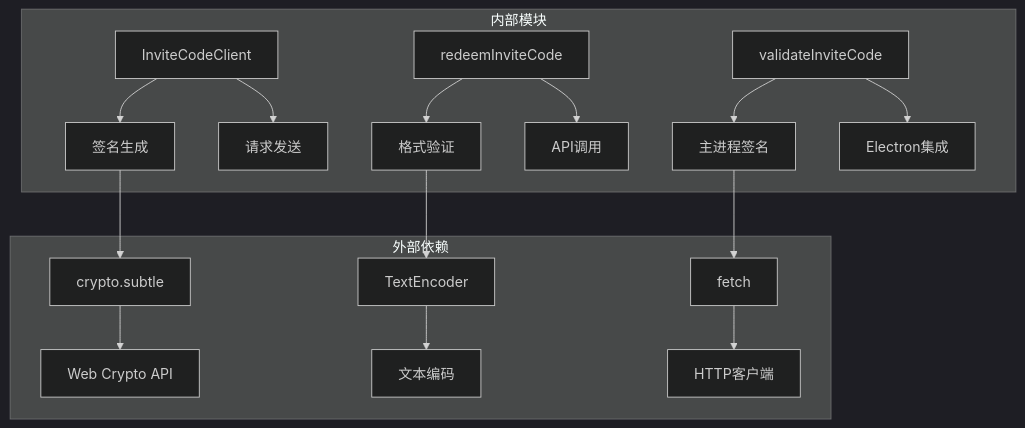
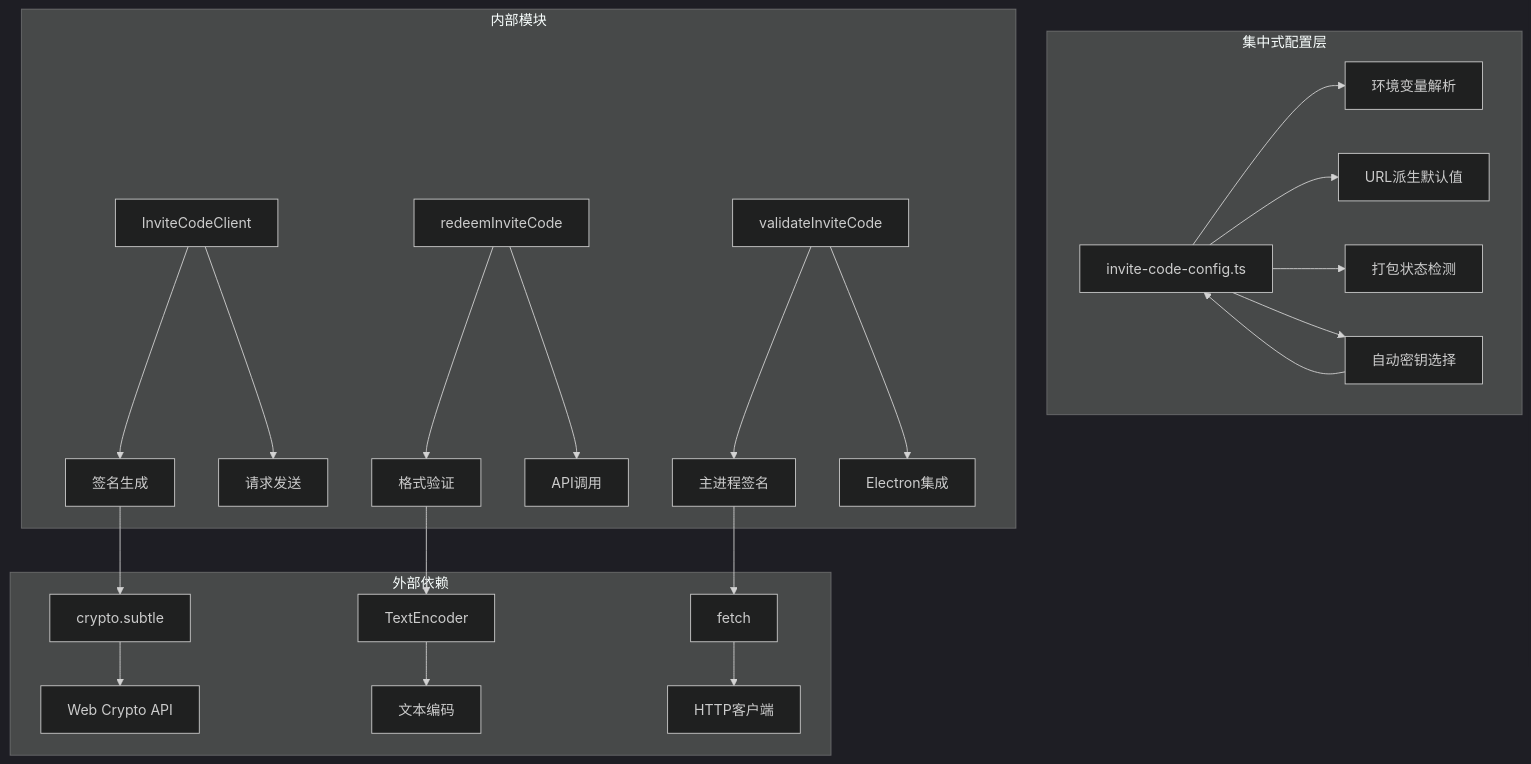
The tenth of 10 diagrams in .qoder/repowiki/zh/content/核心概念/邀请码系统.md (verse-ai-org/openclaw), drawn with Mermaid (dark theme) before and after one commit. The commit also changed other lines of this file and 50 other files, not shown here.

````diff
--- a/.qoder/repowiki/zh/content/核心概念/邀请码系统.md
+++ b/.qoder/repowiki/zh/content/核心概念/邀请码系统.md
@@ -323,19 +420,26 @@
 ```mermaid
 graph TD
+subgraph "集中式配置层"
+A[invite-code-config.ts] --> B[环境变量解析]
+A --> C[URL派生默认值]
+A --> D[打包状态检测]
+A --> E[自动密钥选择]
+end
 subgraph "外部依赖"
-A[crypto.subtle] --> B[Web Crypto API]
-C[fetch] --> D[HTTP客户端]
-E[TextEncoder] --> F[文本编码]
+F[crypto.subtle] --> G[Web Crypto API]
+H[fetch] --> I[HTTP客户端]
+J[TextEncoder] --> K[文本编码]
 end
 subgraph "内部模块"
-G[InviteCodeClient] --> H[签名生成]
-G --> I[请求发送]
-J[redeemInviteCode] --> K[格式验证]
-J --> L[API调用]
-M[validateInviteCode] --> N[主进程签名]
-M --> O[Electron集成]
+L[InviteCodeClient] --> M[签名生成]
+L --> N[请求发送]
+O[redeemInviteCode] --> P[格式验证]
+O --> Q[API调用]
+R[validateInviteCode] --> S[主进程签名]
+R --> T[Electron集成]
 end
-H --> A
-K --> E
-N --> C
+M --> F
+P --> J
+S --> H
+E --> A
 ```
````
